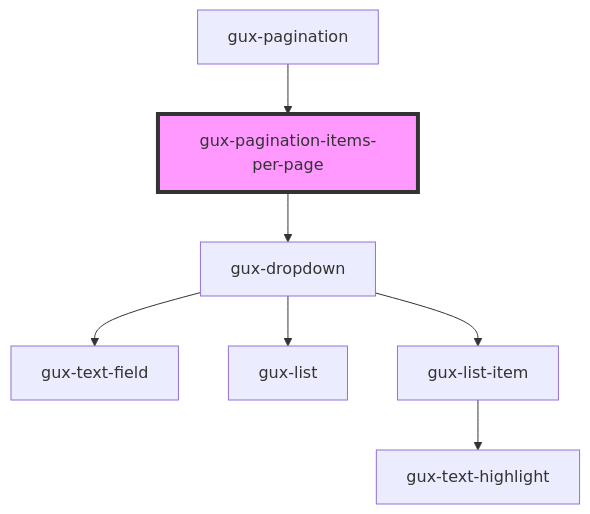
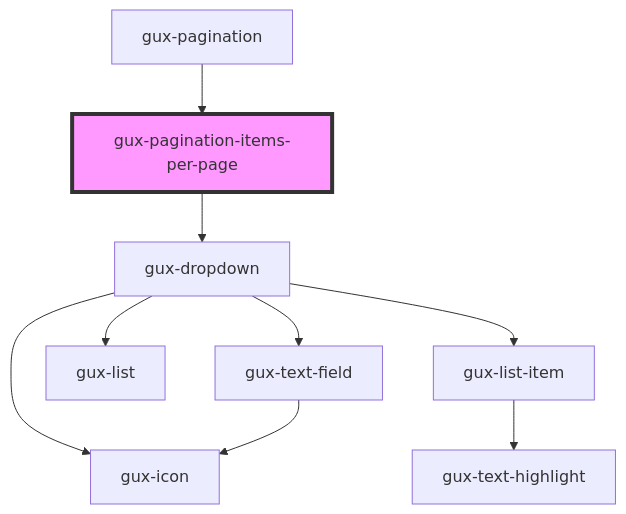
Before and after one commit to MyPureCloud/genesys-spark: the diagram in src/components/gux-pagination/items-per-page/readme.md, drawn with Mermaid. The commit also changed 79 other files, not shown here.

````diff
--- a/src/components/gux-pagination/items-per-page/readme.md
+++ b/src/components/gux-pagination/items-per-page/readme.md
@@ -49,10 +49,12 @@
 ```mermaid
 graph TD;
   gux-pagination-items-per-page --> gux-dropdown
   gux-dropdown --> gux-text-field
+  gux-dropdown --> gux-icon
   gux-dropdown --> gux-list
   gux-dropdown --> gux-list-item
+  gux-text-field --> gux-icon
   gux-list-item --> gux-text-highlight
   gux-pagination --> gux-pagination-items-per-page
   style gux-pagination-items-per-page fill:#f9f,stroke:#333,stroke-width:4px
 ```
````
